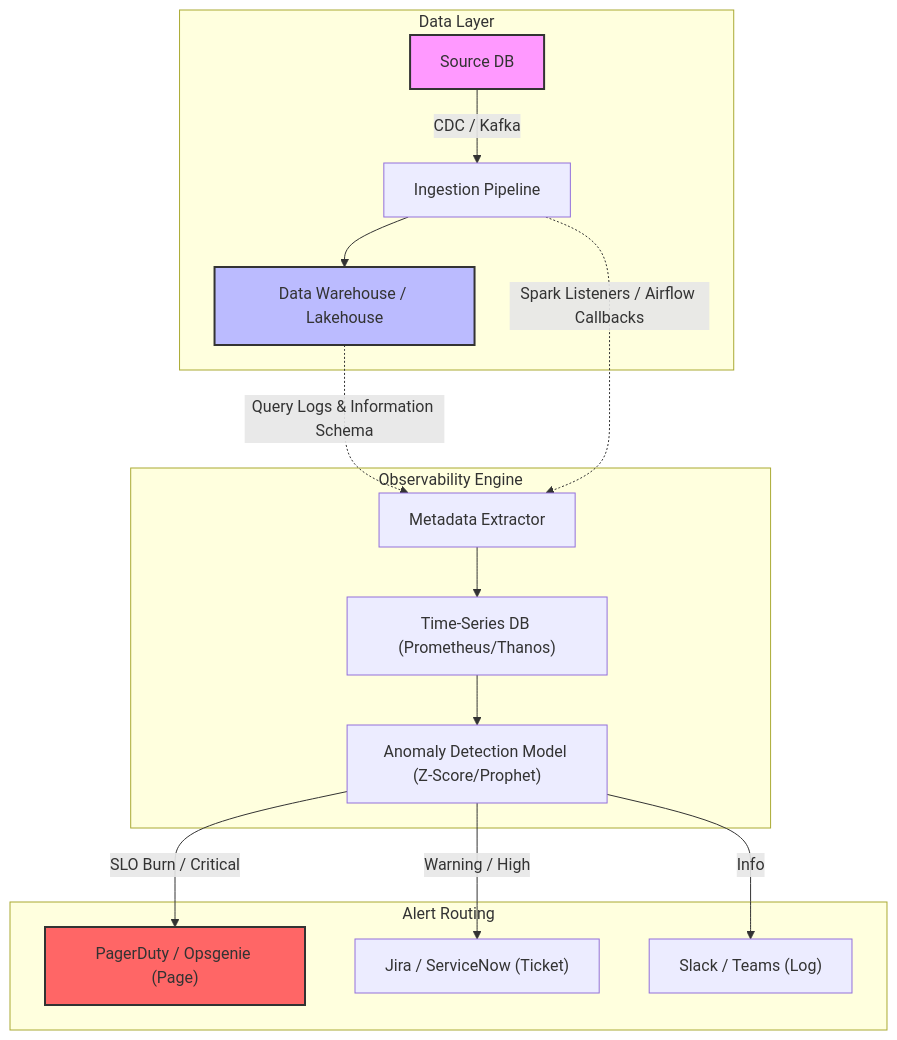
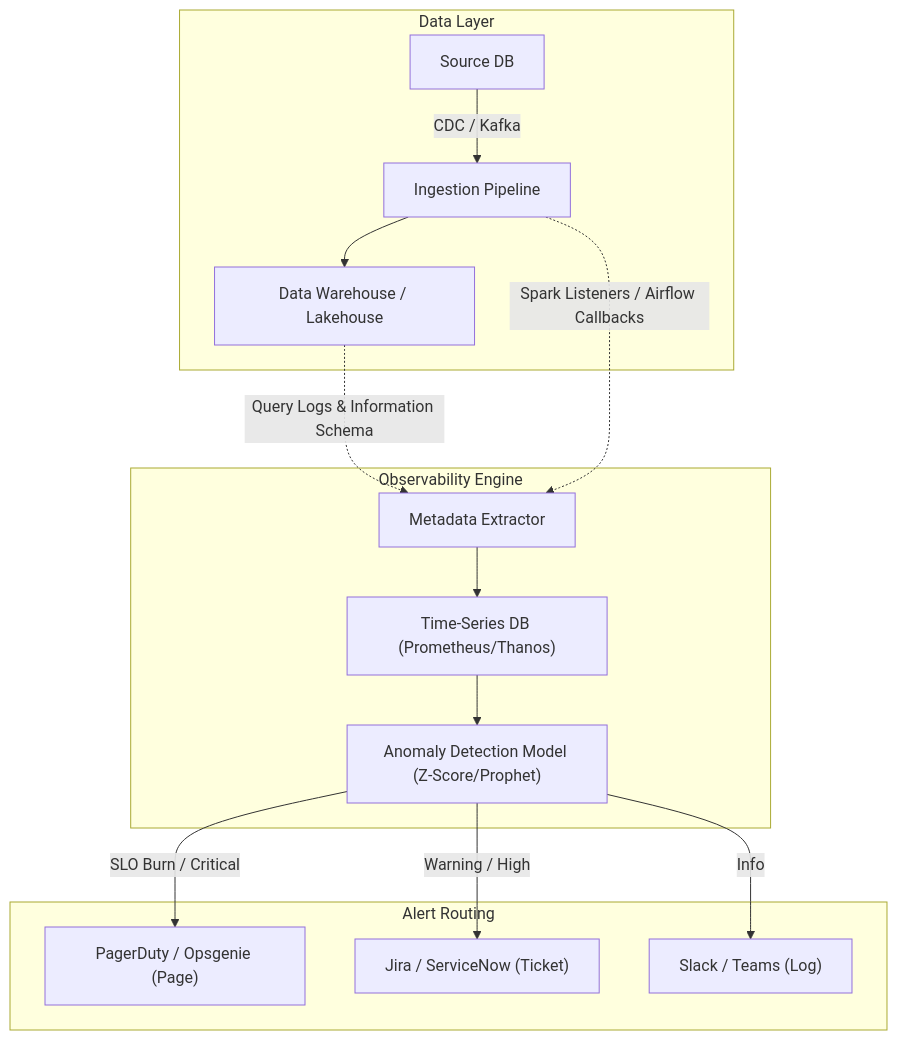
Before and after one commit to kythuatdulieu/kythuatdulieu.github.io: the diagram in src/content/docs/concepts/7-dataops-orchestration-quality/alerting-incident-response.md, drawn with Mermaid. The commit also changed 682 other files, not shown here.

````diff
--- a/src/content/docs/concepts/7-dataops-orchestration-quality/alerting-incident-response.md
+++ b/src/content/docs/concepts/7-dataops-orchestration-quality/alerting-incident-response.md
@@ -28,24 +28,23 @@
 ```mermaid
 graph TD
     subgraph Data Layer
         S["Source DB"] -->|CDC / Kafka| I["Ingestion Pipeline"]
         I --> D["Data Warehouse / Lakehouse"]
     end
     
     subgraph Observability Engine
         D -.->|Query Logs & Information Schema| ME["Metadata Extractor"]
         I -.->|Spark Listeners / Airflow Callbacks| ME
         ME --> T["Time-Series DB (Prometheus/Thanos)"]
         T --> AD["Anomaly Detection Model (Z-Score/Prophet)"]
     end
     
     subgraph Alert Routing
         AD -->|SLO Burn / Critical| P["PagerDuty / Opsgenie (Page)"]
         AD -->|Warning / High| TKT["Jira / ServiceNow (Ticket)"]
         AD -->|Info| SL["Slack / Teams (Log)"]
     end
-    
-    style S fill:#f9f,stroke:#333,stroke-width:2px
-    style D fill:#bbf,stroke:#333,stroke-width:2px
-    style P fill:#f66,stroke:#333,stroke-width:2px
+
+
+
 ```
````
